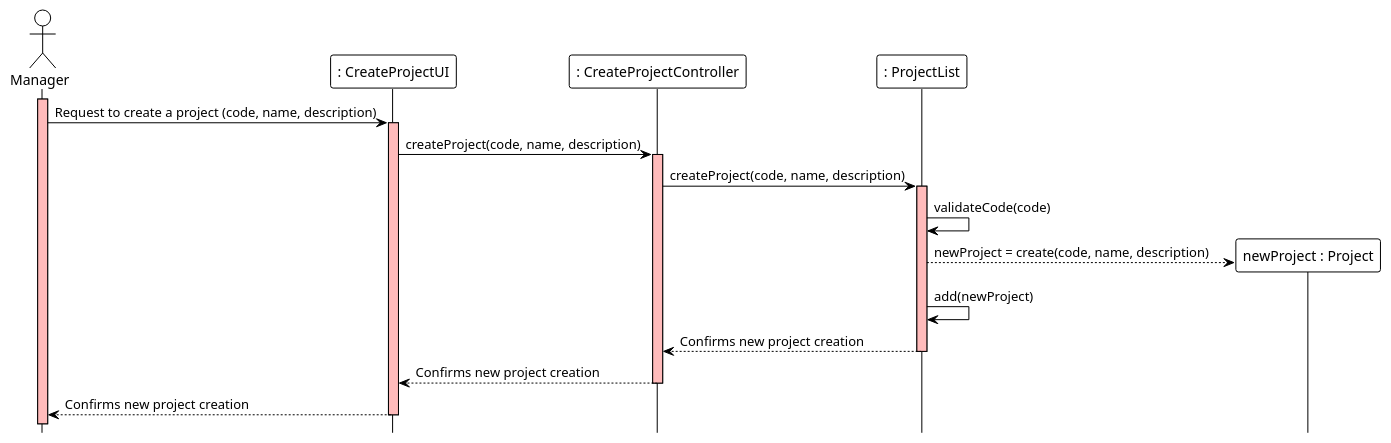
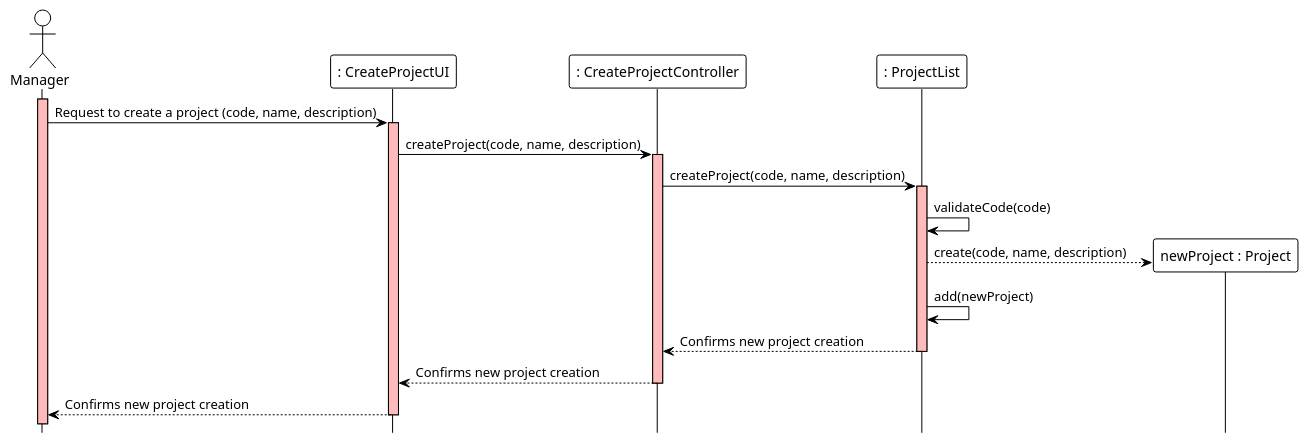
The diagram in docs/modelling_design/user_stories/us010/US010_CreateProjectSD.puml (ivo-menezes/project_g3), drawn with PlantUML before and after one commit.

Commit message:
US010 : Design : US010_CreateProjectSD (update)

```diff
--- a/docs/modelling_design/user_stories/us010/US010_CreateProjectSD.puml
+++ b/docs/modelling_design/user_stories/us010/US010_CreateProjectSD.puml
@@ -1,37 +1,37 @@
 @startuml
 !theme plain
 hide footbox
 
 actor Manager  as Manager
 participant ": CreateProjectUI" as UI
 participant ": CreateProjectController" as Controller
 'participant ": AccountList" as AccountList
 participant ": ProjectList" as ProjectList
 participant "newProject : Project" as Project
 
 activate Manager #FFBBBB
 Manager ->  UI : Request to create a project (code, name, description)
 
 activate UI #FFBBBB
 UI -> Controller : createProject(code, name, description)
 
 activate Controller #FFBBBB
 'Controller -> AccountList : checkPermissionsToCreateAProject(accountEmail)
 'activate AccountList #FFBBBB
 'AccountList --> Controller : Permission granted
 'deactivate AccountList
 Controller -> ProjectList : createProject(code, name, description)
 activate ProjectList #FFBBBB
 
 ProjectList -> ProjectList : validateCode(code)
-ProjectList --> Project ** : newProject = create(code, name, description)
+ProjectList --> Project ** : create(code, name, description)
 ProjectList -> ProjectList : add(newProject)
 
 ProjectList --> Controller : Confirms new project creation
 deactivate ProjectList
 
 Controller --> UI : Confirms new project creation
 deactivate Controller
 UI --> Manager : Confirms new project creation
 deactivate UI
 @enduml
```
